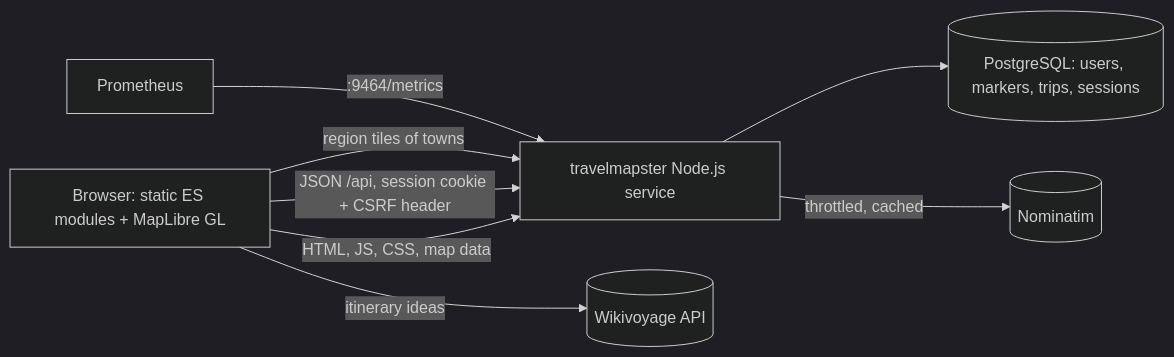
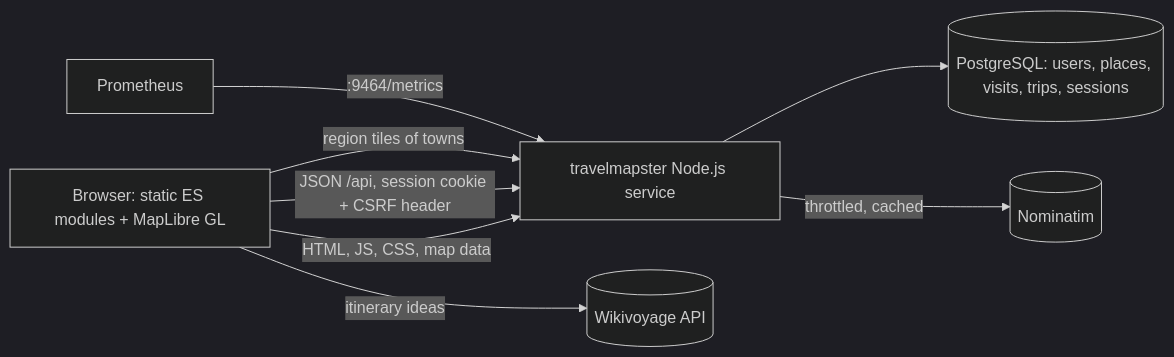
The diagram in docs/architecture.md (chefzaid/travelmapster), drawn with Mermaid (dark theme) before and after one commit. The commit also changed other lines of this file and 28 other files, not shown here.

````diff
--- a/docs/architecture.md
+++ b/docs/architecture.md
@@ -5,10 +5,10 @@
 ```mermaid
 flowchart LR
     browser[Browser: static ES modules + MapLibre GL] -->|HTML, JS, CSS, map data| app[travelmapster Node.js service]
     browser -->|JSON /api, session cookie + CSRF header| app
     browser -->|itinerary ideas| wikivoyage[(Wikivoyage API)]
-    app --> pg[(PostgreSQL: users, markers, trips, sessions)]
+    app --> pg[(PostgreSQL: users, places, visits, trips, sessions)]
     app -->|throttled, cached| nominatim[(Nominatim)]
     browser -->|region tiles of towns| app
     prometheus[Prometheus] -->|:9464/metrics| app
 ```
````
